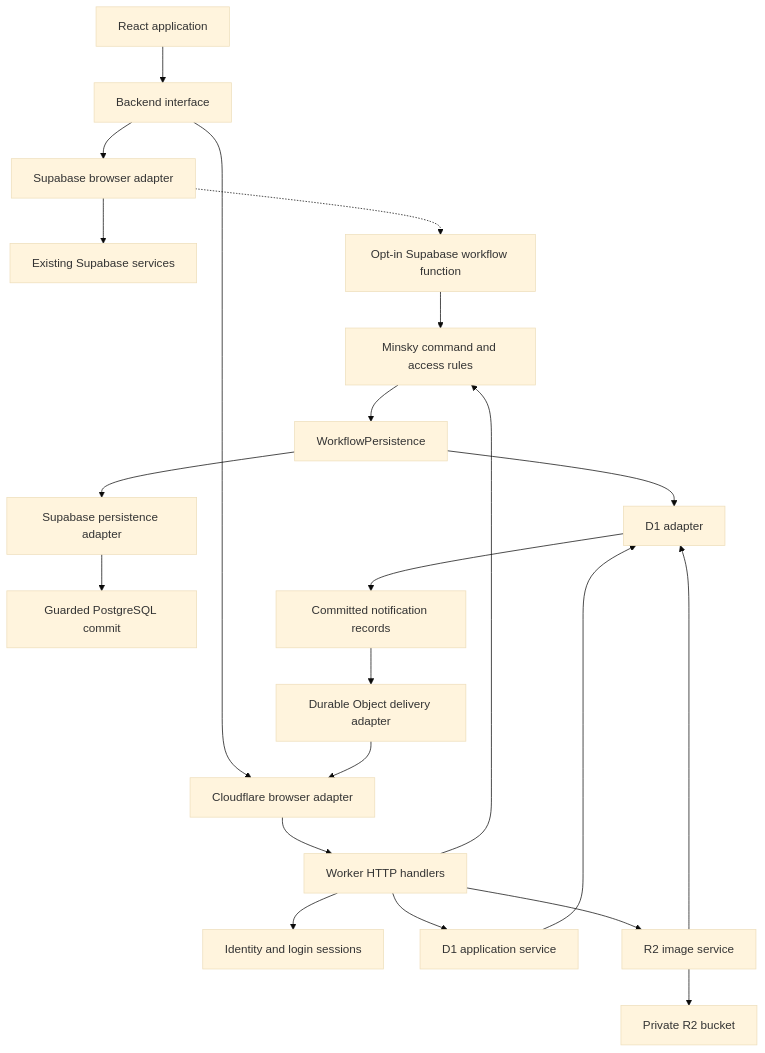
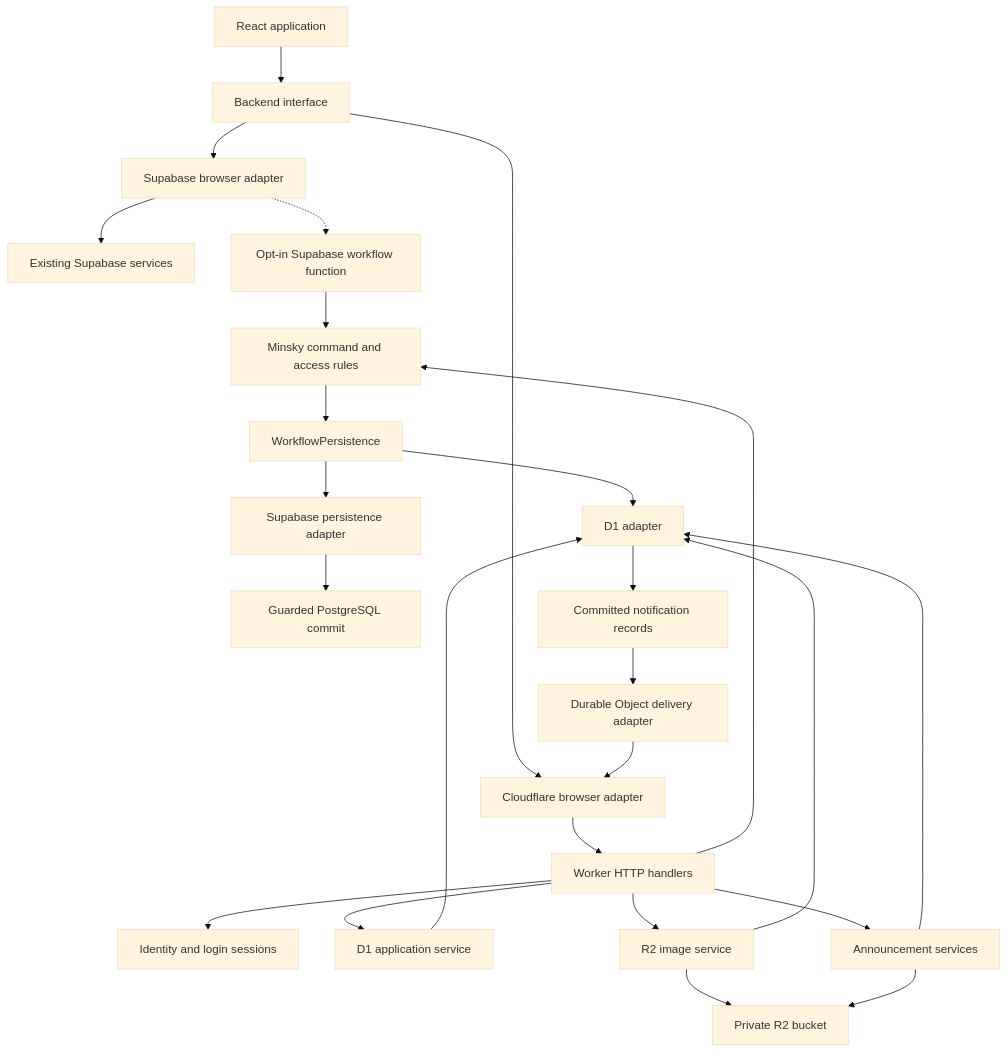
Before and after one commit to icaic-official/contest-support: the diagram in docs/cloudflare-backend-design.md, drawn with Mermaid (base theme). The commit also changed other lines of this file and 33 other files, not shown here.

````diff
--- a/docs/cloudflare-backend-design.md
+++ b/docs/cloudflare-backend-design.md
@@ -29,24 +29,27 @@
 ```mermaid
 flowchart TD
     UI[React application] --> Contract[Backend interface]
     Contract --> SB[Supabase browser adapter]
     Contract --> CF[Cloudflare browser adapter]
     SB --> Current[Existing Supabase services]
     SB -.-> SF[Opt-in Supabase workflow function]
     SF --> Domain
     CF --> API[Worker HTTP handlers]
     API --> Identity[Identity and login sessions]
     API --> Domain[Minsky command and access rules]
     Domain --> Persistence[WorkflowPersistence]
     Persistence --> D1[D1 adapter]
     Persistence --> SP[Supabase persistence adapter]
     SP --> PG[Guarded PostgreSQL commit]
     API --> Application[D1 application service]
     Application --> D1
     API --> Images[R2 image service]
     Images --> D1
     Images --> R2[Private R2 bucket]
+    API --> Announcements[Announcement services]
+    Announcements --> D1
+    Announcements --> R2
     D1 --> Pending[Committed notification records]
     Pending --> Live[Durable Object delivery adapter]
     Live --> CF
 ```
````
